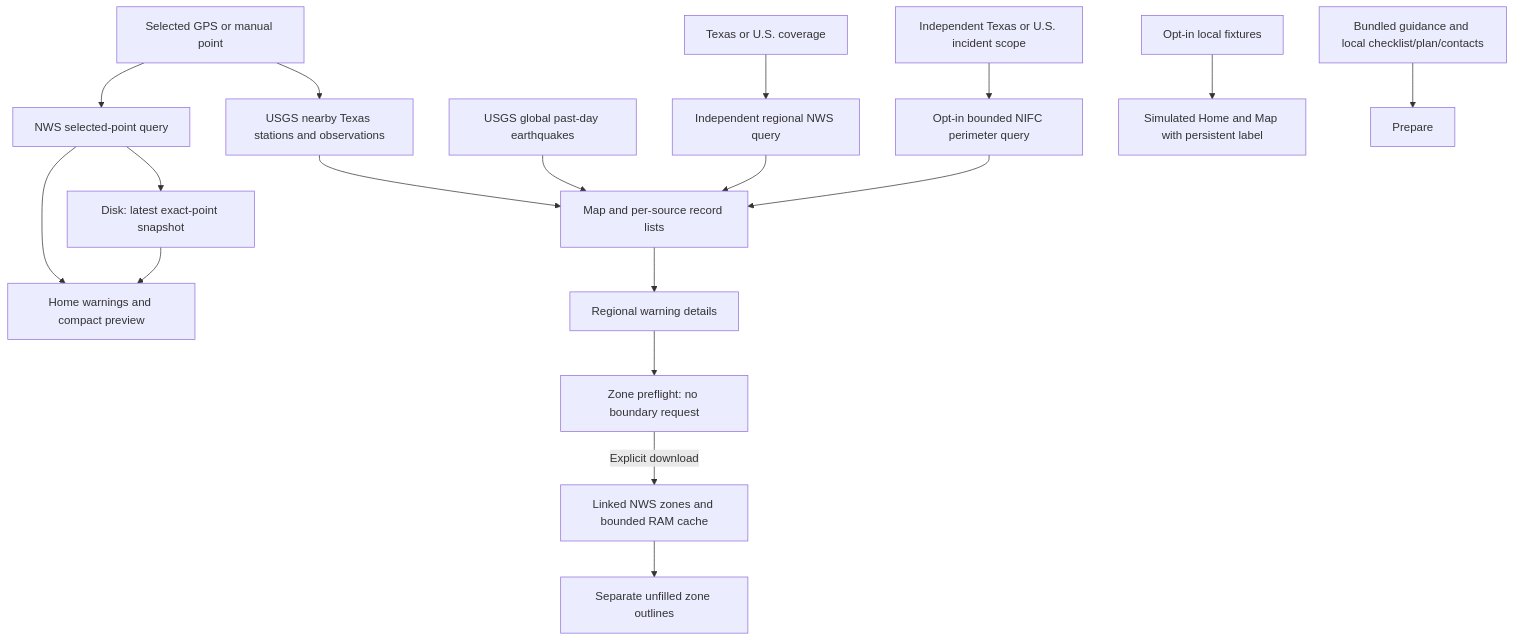
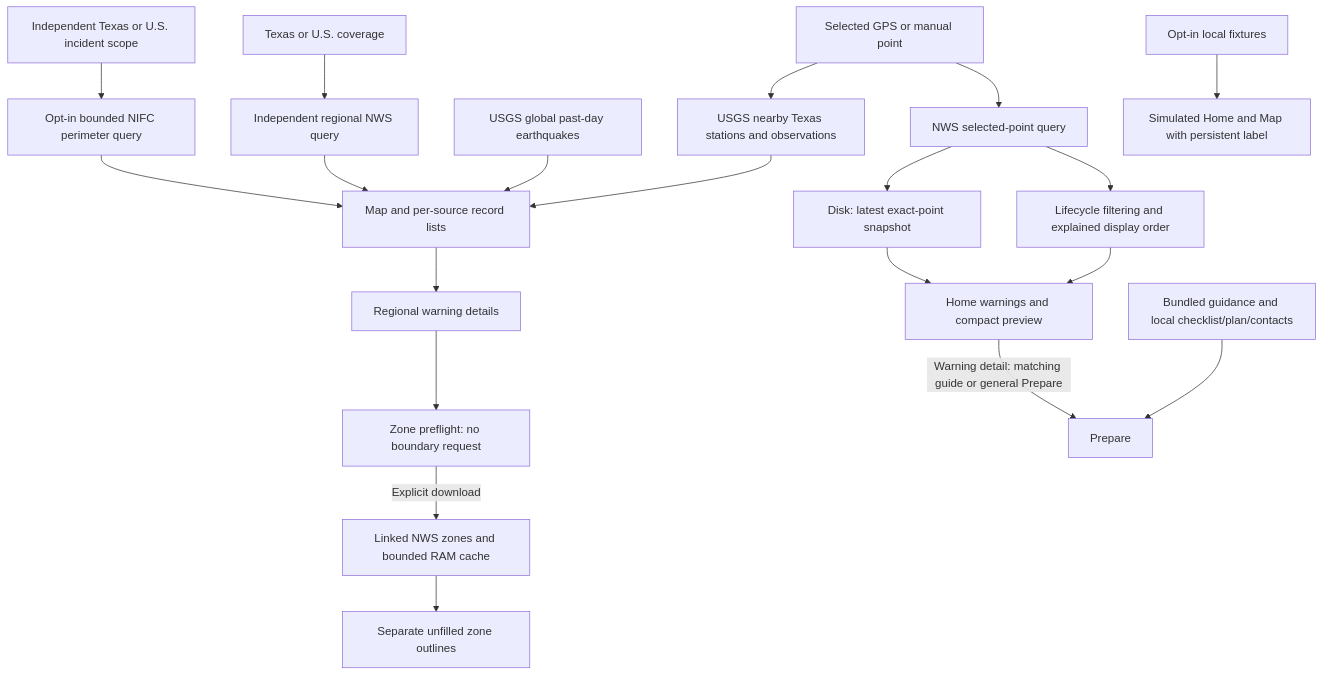
Before and after one commit to lostden/clearpath: the diagram in ARCHITECTURE.md, drawn with Mermaid. The commit also changed other lines of this file and 15 other files, not shown here.

````diff
--- a/ARCHITECTURE.md
+++ b/ARCHITECTURE.md
@@ -24,20 +24,22 @@
 ```mermaid
 flowchart TD
   L[Selected GPS or manual point] --> Q[NWS selected-point query]
-  Q --> H[Home warnings and compact preview]
+  Q --> A[Lifecycle filtering and explained display order]
+  A --> H[Home warnings and compact preview]
   Q --> C[Disk: latest exact-point snapshot]
   C --> H
   T[Texas or U.S. coverage] --> W[Independent regional NWS query]
   W --> M[Map and per-source record lists]
   E[USGS global past-day earthquakes] --> M
   L --> U[USGS nearby Texas stations and observations]
   U --> M
   I[Independent Texas or U.S. incident scope] --> V[Opt-in bounded NIFC perimeter query]
   V --> M
   M --> D[Regional warning details]
   D --> P[Zone preflight: no boundary request]
   P -->|Explicit download| Z[Linked NWS zones and bounded RAM cache]
   Z --> O[Separate unfilled zone outlines]
   F[Opt-in local fixtures] --> S[Simulated Home and Map with persistent label]
   B[Bundled guidance and local checklist/plan/contacts] --> R[Prepare]
+  H -->|Warning detail: matching guide or general Prepare| R
 ```
````
